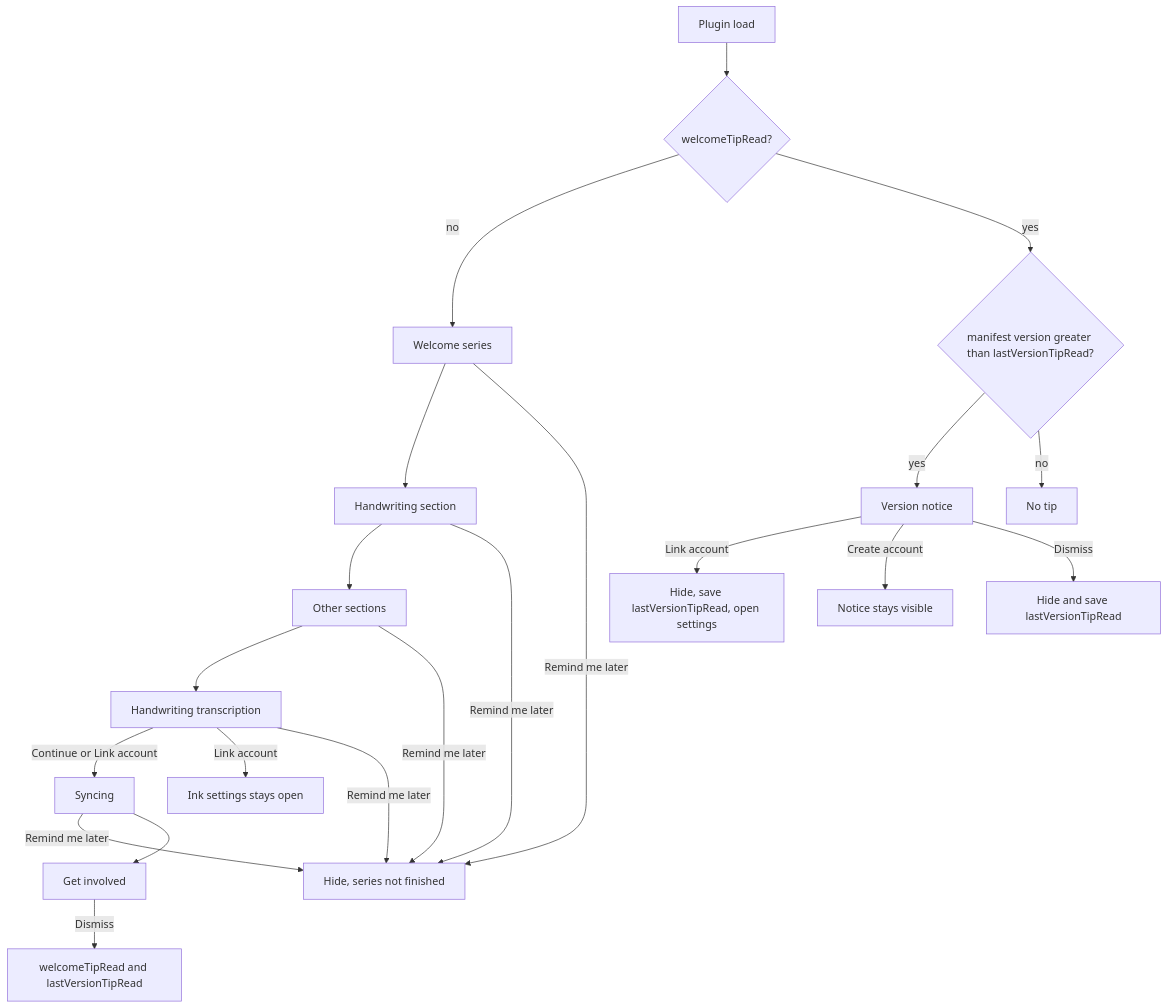
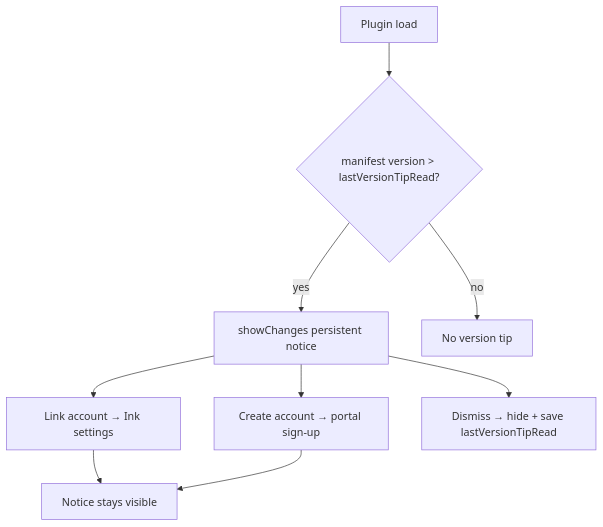
The diagram in docs/version-and-welcome-notices.md (daledesilva/obsidian_ink), drawn with Mermaid before and after one commit. The commit also changed other lines of this file and 253 other files, not shown here.

````diff
--- a/docs/version-and-welcome-notices.md
+++ b/docs/version-and-welcome-notices.md
@@ -34,23 +28,11 @@
 ```mermaid
 flowchart TD
-  Load[Plugin load] --> First{welcomeTipRead?}
-  First -->|no| Welcome[Welcome series]
-  First -->|yes| Semver{manifest version greater than lastVersionTipRead?}
-  Semver -->|yes| Version[Version notice]
-  Semver -->|no| Skip[No tip]
-  Welcome --> Handwriting[Handwriting section]
-  Handwriting --> Other[Other sections]
-  Other --> Account[Handwriting transcription]
-  Account -->|Continue or Link account| Sync[Syncing]
-  Account -->|Link account| Settings[Ink settings stays open]
-  Welcome -->|Remind me later| HideLater["Hide, series not finished"]
-  Handwriting -->|Remind me later| HideLater
-  Other -->|Remind me later| HideLater
-  Account -->|Remind me later| HideLater
-  Sync -->|Remind me later| HideLater
-  Sync --> Involved[Get involved]
-  Involved -->|Dismiss| Finish[welcomeTipRead and lastVersionTipRead]
-  Version -->|Link account| EndVersion[Hide, save lastVersionTipRead, open settings]
-  Version -->|Create account| StayOpen[Notice stays visible]
-  Version -->|Dismiss| EndVersionDismiss[Hide and save lastVersionTipRead]
+  Load[Plugin load] --> Semver{manifest version > lastVersionTipRead?}
+  Semver -->|yes| Show[showChanges persistent notice]
+  Semver -->|no| Skip[No version tip]
+  Show --> Link[Link account → Ink settings]
+  Show --> Create[Create account → portal sign-up]
+  Show --> Dismiss[Dismiss → hide + save lastVersionTipRead]
+  Link --> StayOpen[Notice stays visible]
+  Create --> StayOpen
 ```
````
